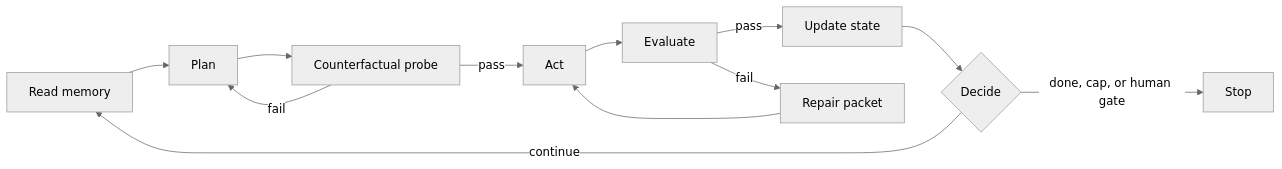
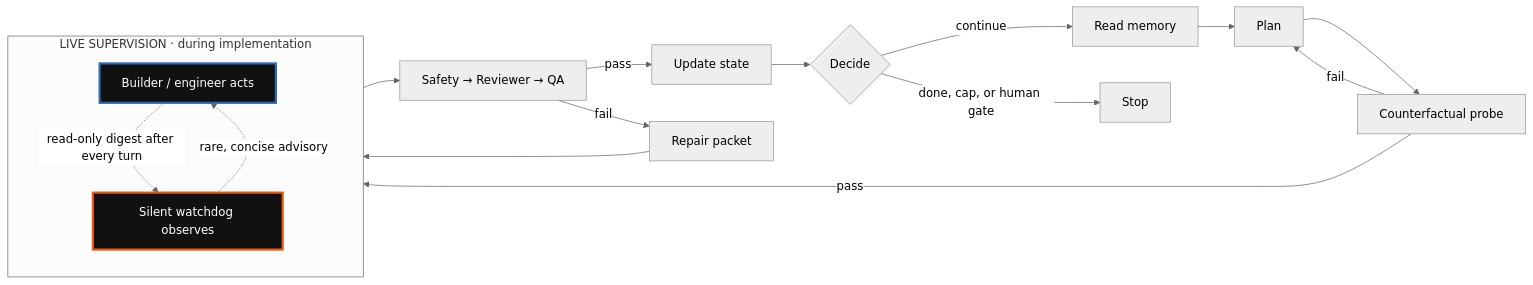
Before and after one commit to Abdulaziz-almoshen/orbit: the diagram in README.md, drawn with Mermaid (neutral theme). The commit also changed other lines of this file and 2 other files, not shown here.

Commit message:
docs: make live observer flow obvious

````diff
--- a/README.md
+++ b/README.md
@@ -46,14 +49,28 @@
 ```mermaid
 flowchart LR
     R["Read memory"] --> P["Plan"]
     P --> C["Counterfactual probe"]
-    C -->|pass| A["Act"]
+    C -->|pass| W
     C -->|fail| P
-    A --> E["Evaluate"]
+
+    subgraph LIVE["LIVE SUPERVISION · during implementation"]
+        direction TB
+        W["Builder / engineer acts"]
+        O["Silent watchdog observes"]
+        W -. "read-only digest after every turn" .-> O
+        O -. "rare, concise advisory" .-> W
+    end
+
+    W --> E["Safety → Reviewer → QA"]
     E -->|pass| U["Update state"]
     E -->|fail| F["Repair packet"]
-    F --> A
+    F --> W
     U --> D{"Decide"}
     D -->|continue| R
     D -->|done, cap, or human gate| X["Stop"]
+
+    classDef observer fill:#111,stroke:#e8590c,stroke-width:3px,color:#fff;
+    classDef worker fill:#111,stroke:#2b6cb0,stroke-width:3px,color:#fff;
+    class O observer;
+    class W worker;
 ```
````
